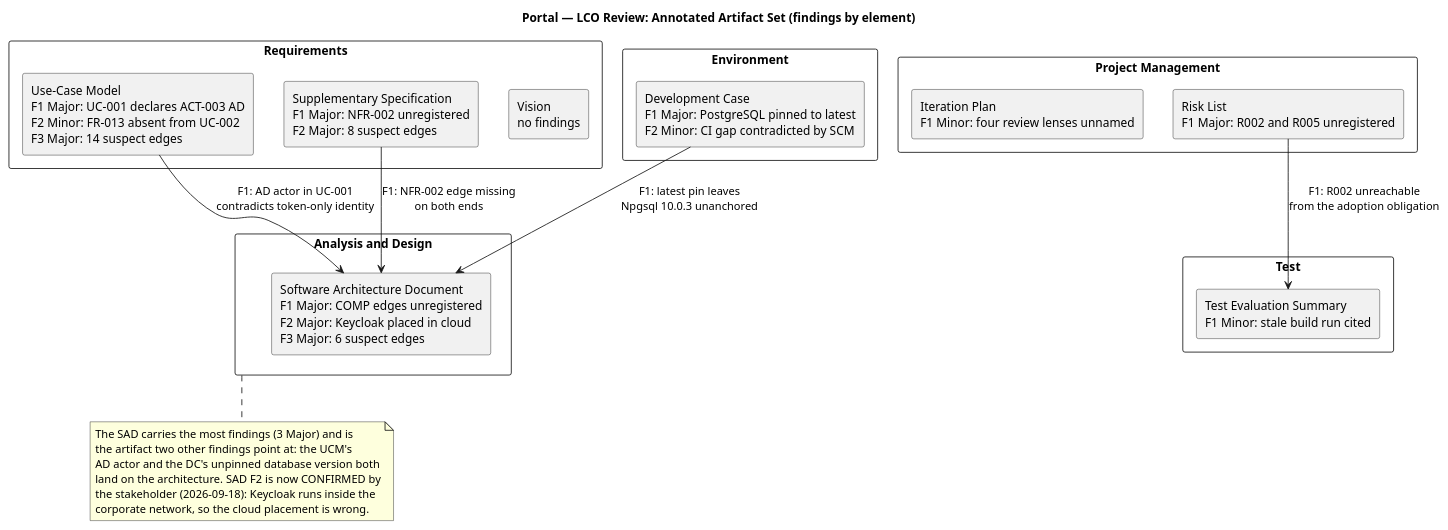
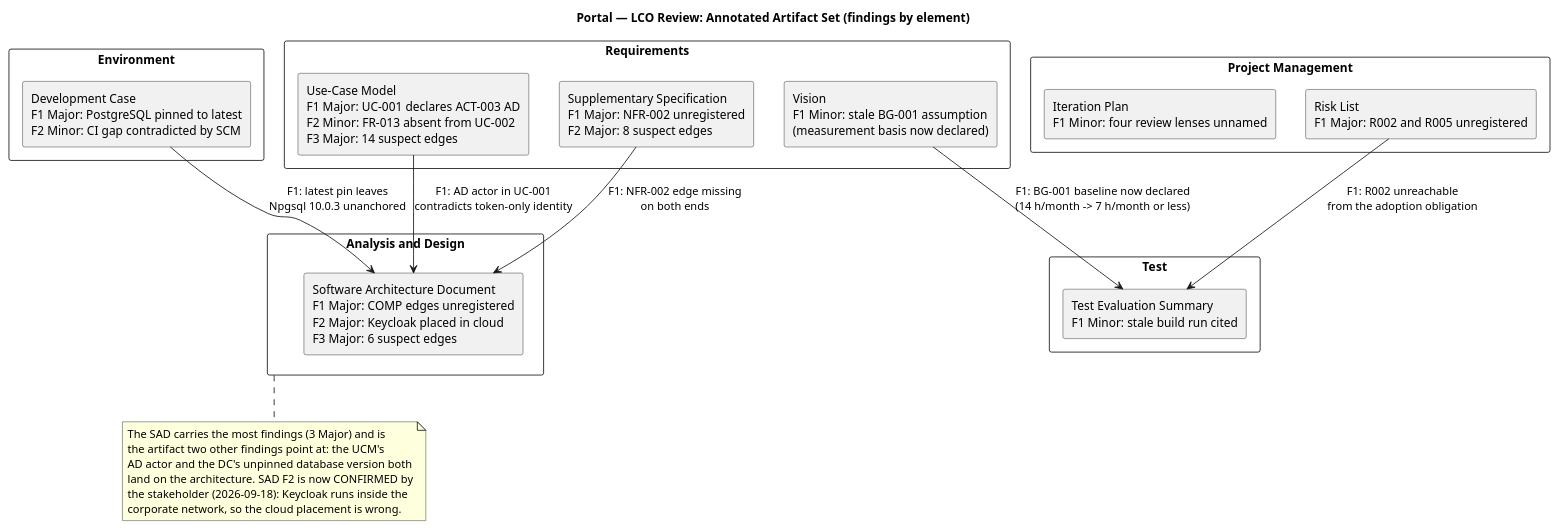
Before and after one commit to banense-test/portal: the third of 5 diagrams in docs/artifacts/project-management/review-record.md, drawn with PlantUML. The commit also changed other lines of this file, not shown here.

````diff
--- a/docs/artifacts/project-management/review-record.md
+++ b/docs/artifacts/project-management/review-record.md
@@ -174,45 +177,46 @@
 ```plantuml
 @startuml
 title Portal — LCO Review: Annotated Artifact Set (findings by element)
 
 skinparam componentStyle rectangle
 skinparam packageStyle rectangle
 
 package "Requirements" as REQ {
-  component "Vision\nno findings" as VIS
+  component "Vision\nF1 Minor: stale BG-001 assumption\n(measurement basis now declared)" as VIS
   component "Use-Case Model\nF1 Major: UC-001 declares ACT-003 AD\nF2 Minor: FR-013 absent from UC-002\nF3 Major: 14 suspect edges" as UCM
   component "Supplementary Specification\nF1 Major: NFR-002 unregistered\nF2 Major: 8 suspect edges" as SS
 }
 
 package "Analysis and Design" as AD {
   component "Software Architecture Document\nF1 Major: COMP edges unregistered\nF2 Major: Keycloak placed in cloud\nF3 Major: 6 suspect edges" as SAD
 }
 
 package "Environment" as ENV {
   component "Development Case\nF1 Major: PostgreSQL pinned to latest\nF2 Minor: CI gap contradicted by SCM" as DC
 }
 
 package "Project Management" as PM {
   component "Risk List\nF1 Major: R002 and R005 unregistered" as RL
   component "Iteration Plan\nF1 Minor: four review lenses unnamed" as IP
 }
 
 package "Test" as TEST {
   component "Test Evaluation Summary\nF1 Minor: stale build run cited" as TES
 }
 
 UCM --> SAD : F1: AD actor in UC-001\ncontradicts token-only identity
 SS --> SAD : F1: NFR-002 edge missing\non both ends
 DC --> SAD : F1: latest pin leaves\nNpgsql 10.0.3 unanchored
 RL --> TES : F1: R002 unreachable\nfrom the adoption obligation
+VIS --> TES : F1: BG-001 baseline now declared\n(14 h/month -> 7 h/month or less)
 
 note bottom of AD
   The SAD carries the most findings (3 Major) and is
   the artifact two other findings point at: the UCM's
   AD actor and the DC's unpinned database version both
   land on the architecture. SAD F2 is now CONFIRMED by
   the stakeholder (2026-09-18): Keycloak runs inside the
   corporate network, so the cloud placement is wrong.
 end note
 @enduml
 ```
````
